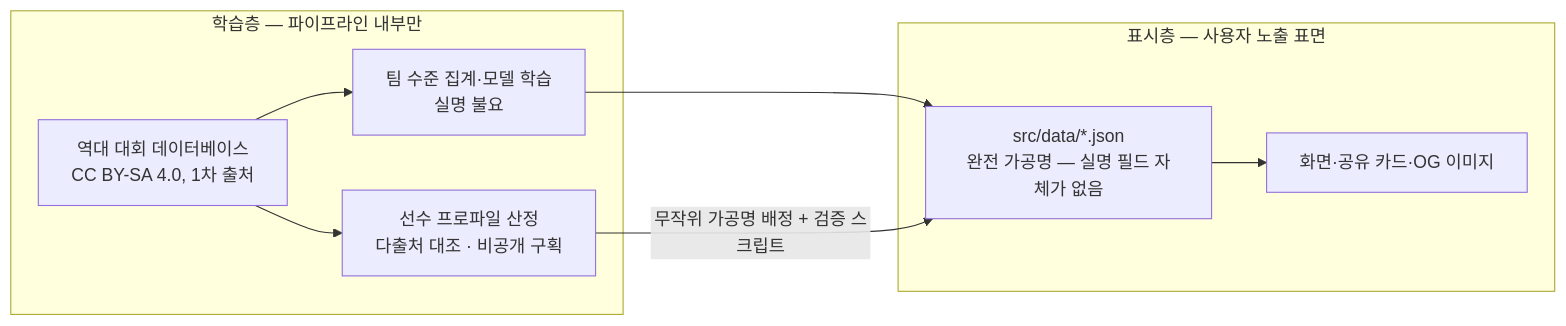
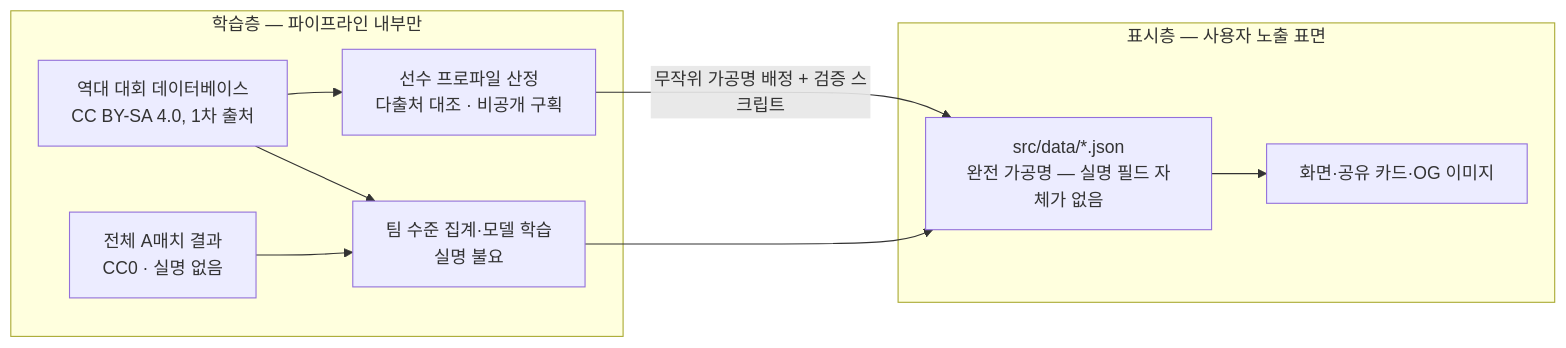
Before and after one commit to Dacon-Organization/World-Cup-Tactics-Web-Service-Challenge: the diagram in docs/planning/proposal/version1.0/09_데이터활용.md, drawn with Mermaid. The commit also changed other lines of this file and 3 other files, not shown here.

````diff
--- a/docs/planning/proposal/version1.0/09_데이터활용.md
+++ b/docs/planning/proposal/version1.0/09_데이터활용.md
@@ -11,14 +11,15 @@
 ```mermaid
 graph LR
     subgraph L1[학습층 — 파이프라인 내부만]
         A["역대 대회 데이터베이스<br/>CC BY-SA 4.0, 1차 출처"] --> B["팀 수준 집계·모델 학습<br/>실명 불요"]
         A --> C["선수 프로파일 산정<br/>다출처 대조 · 비공개 구획"]
+        A2["전체 A매치 결과<br/>CC0 · 실명 없음"] --> B
     end
     subgraph L2[표시층 — 사용자 노출 표면]
         D["src/data/*.json<br/>완전 가공명 — 실명 필드 자체가 없음"]
         E["화면·공유 카드·OG 이미지"]
     end
     B --> D
     C -->|무작위 가공명 배정 + 검증 스크립트| D
     D --> E
 ```
````
